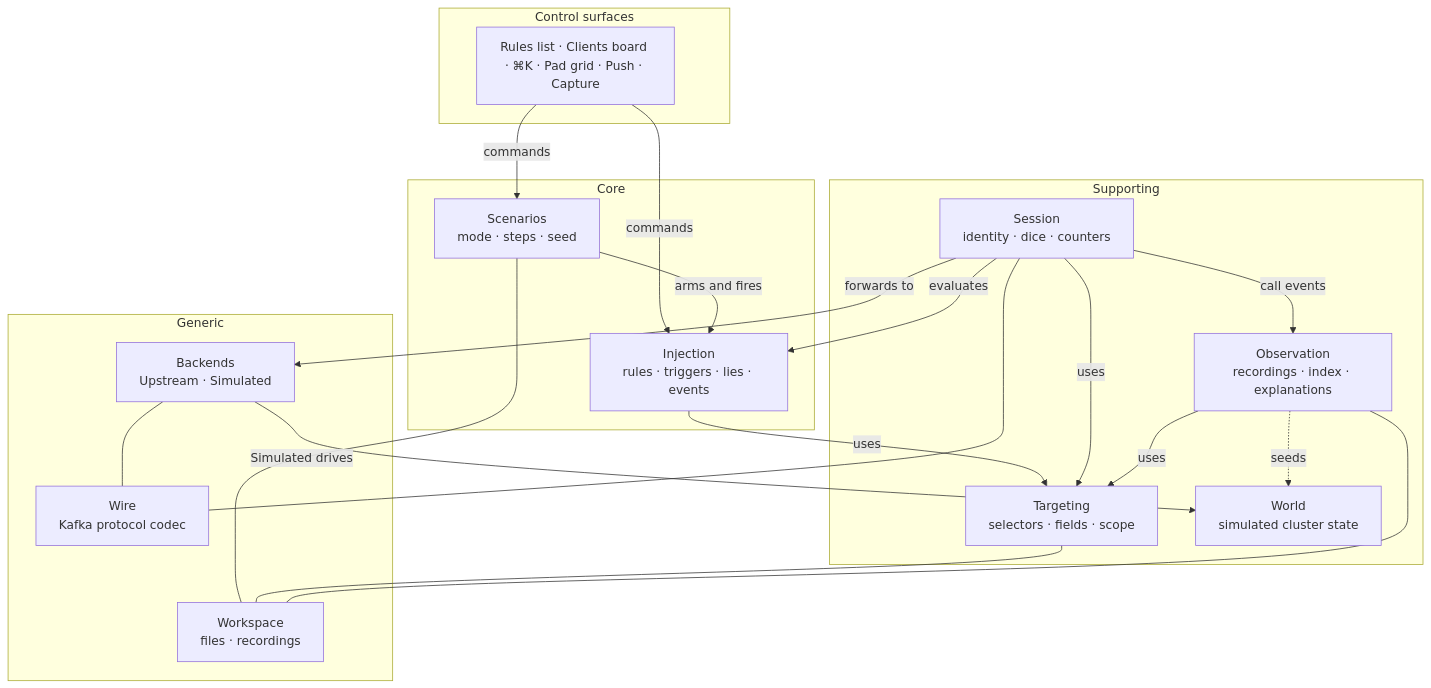
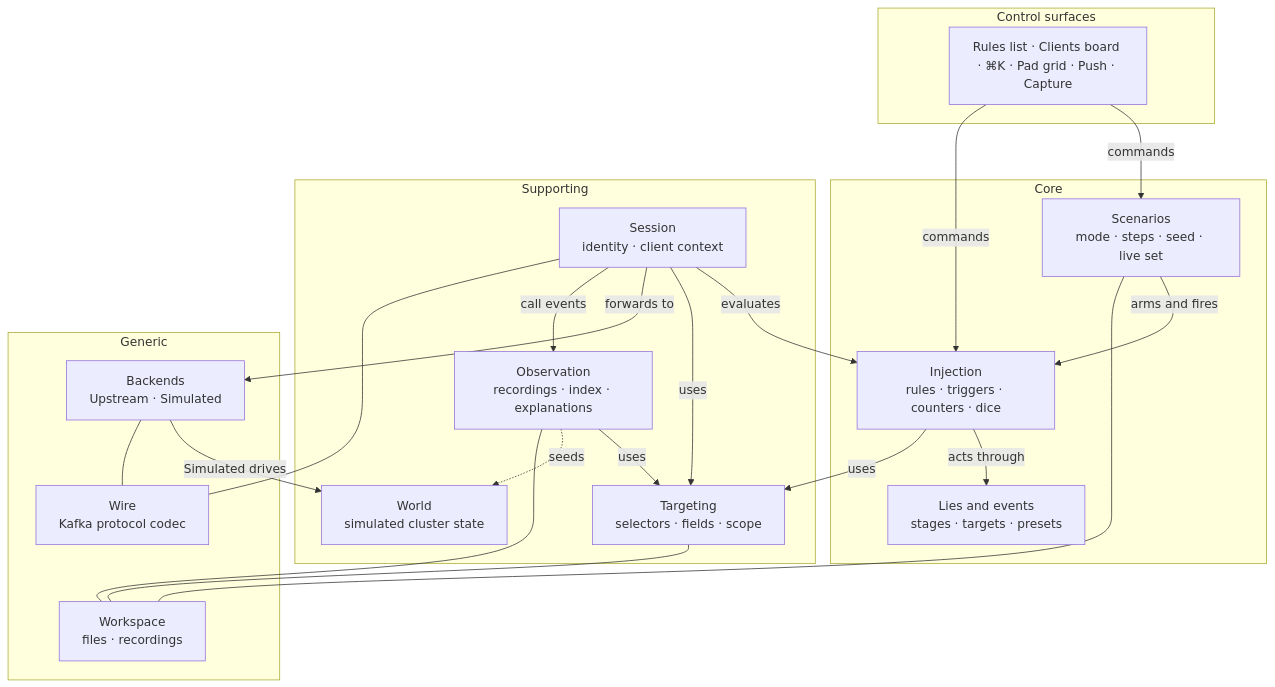
Before and after one commit to cruxy-eu/gaslightmq: the diagram in docs/specs/townplan/README.md, drawn with Mermaid. The commit also changed other lines of this file and 17 other files, not shown here.

````diff
--- a/docs/specs/townplan/README.md
+++ b/docs/specs/townplan/README.md
@@ -9,41 +9,43 @@
 ```mermaid
 flowchart TB
   subgraph surfaces["Control surfaces"]
     CS["Rules list · Clients board · ⌘K · Pad grid · Push · Capture"]
   end
 
   subgraph core["Core"]
-    SC["Scenarios<br/>mode · steps · seed"]
-    IN["Injection<br/>rules · triggers · lies · events"]
+    SC["Scenarios<br/>mode · steps · seed · live set"]
+    IN["Injection<br/>rules · triggers · counters · dice"]
+    LE["Lies and events<br/>stages · targets · presets"]
   end
 
   subgraph support["Supporting"]
     TG["Targeting<br/>selectors · fields · scope"]
-    SE["Session<br/>identity · dice · counters"]
+    SE["Session<br/>identity · client context"]
     OB["Observation<br/>recordings · index · explanations"]
     WO["World<br/>simulated cluster state"]
   end
 
   subgraph generic["Generic"]
     BE["Backends<br/>Upstream · Simulated"]
     WI["Wire<br/>Kafka protocol codec"]
     ST["Workspace<br/>files · recordings"]
   end
 
   CS -->|commands| SC
   CS -->|commands| IN
   SC -->|arms and fires| IN
+  IN -->|acts through| LE
   IN -->|uses| TG
   SE -->|evaluates| IN
   SE -->|uses| TG
   SE -->|forwards to| BE
   BE -->|Simulated drives| WO
   SE -->|call events| OB
   OB -->|uses| TG
   OB -.->|seeds| WO
   SE --- WI
   BE --- WI
   SC --- ST
   TG --- ST
   OB --- ST
 ```
````
